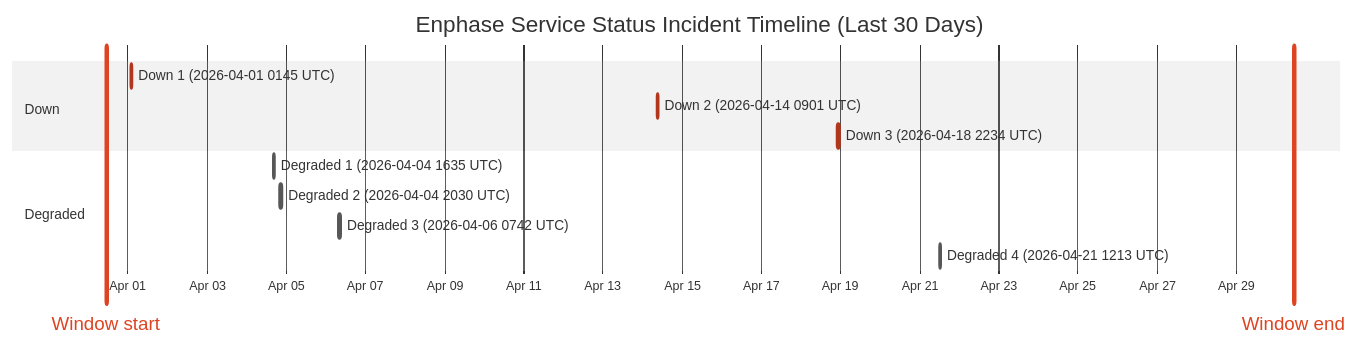
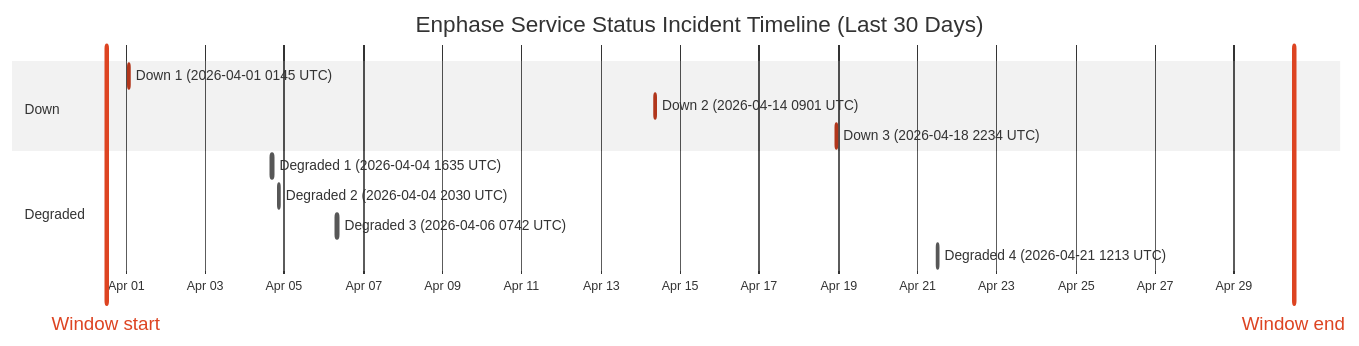
One commit to barneyonline/ha-enphase-ev-charger changed the diagram in wiki/Service-Status-History.md. Above: the diagram before and after it, drawn with Mermaid (neutral theme). The commit also changed other lines of this file and 3 other files, not shown here.

````diff
--- a/wiki/Service-Status-History.md
+++ b/wiki/Service-Status-History.md
@@ -14,17 +14,17 @@
 ```mermaid
 gantt
     title Enphase Service Status Incident Timeline (Last 30 Days)
     dateFormat  YYYY-MM-DDTHH:mm:ss
     axisFormat  %b %d
-    Window start :vert, window-start, 2026-03-31T10:54:31, 0ms
-    Window end :vert, window-end, 2026-04-30T10:54:31, 0ms
+    Window start :vert, window-start, 2026-03-31T12:15:00, 0ms
+    Window end :vert, window-end, 2026-04-30T12:15:00, 0ms
     section Down
     Down 1 (2026-04-01 0145 UTC) :crit, down-1, 2026-04-01T01:45:09, 60m
     Down 2 (2026-04-14 0901 UTC) :crit, down-2, 2026-04-14T09:01:13, 60m
     Down 3 (2026-04-18 2234 UTC) :crit, down-3, 2026-04-18T22:34:13, 60m
     section Degraded
     Degraded 1 (2026-04-04 1635 UTC) :active, degraded-1, 2026-04-04T16:35:17, 60m
     Degraded 2 (2026-04-04 2030 UTC) :active, degraded-2, 2026-04-04T20:30:40, 60m
     Degraded 3 (2026-04-06 0742 UTC) :active, degraded-3, 2026-04-06T07:42:09, 85m
     Degraded 4 (2026-04-21 1213 UTC) :active, degraded-4, 2026-04-21T12:13:11, 60m
 ```
````
